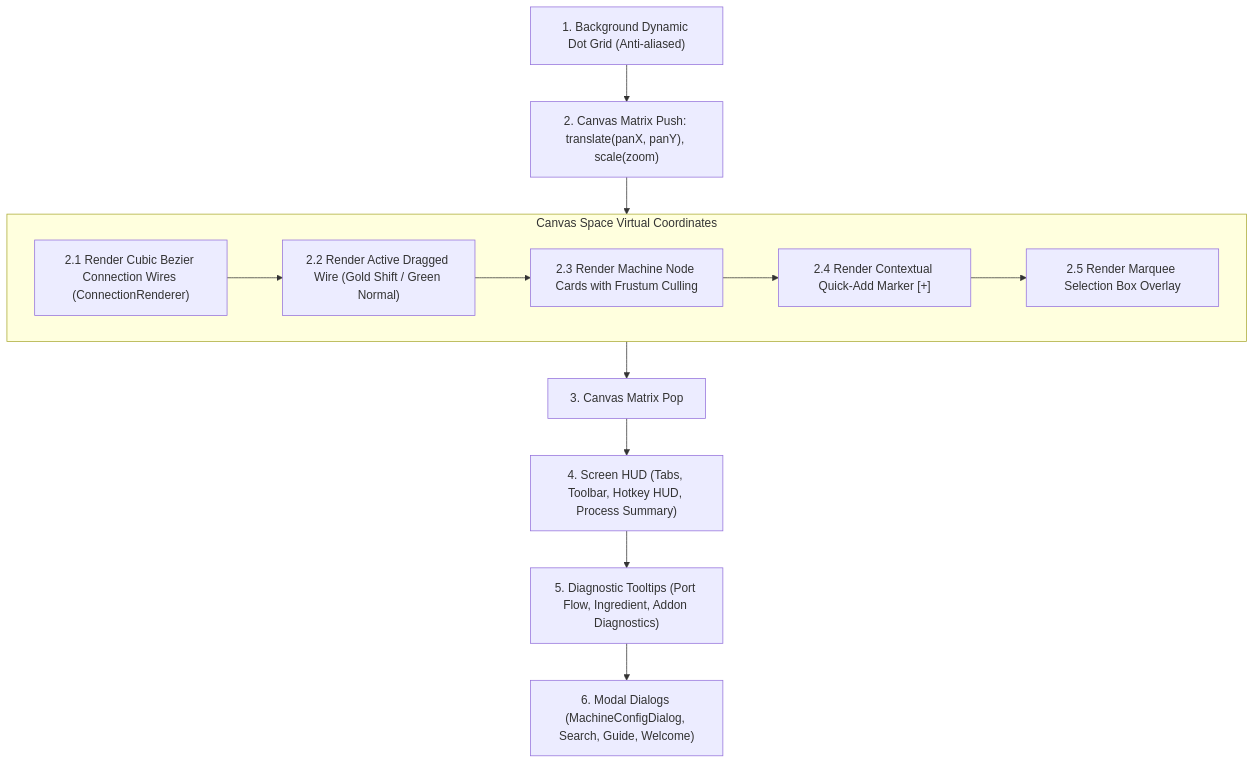
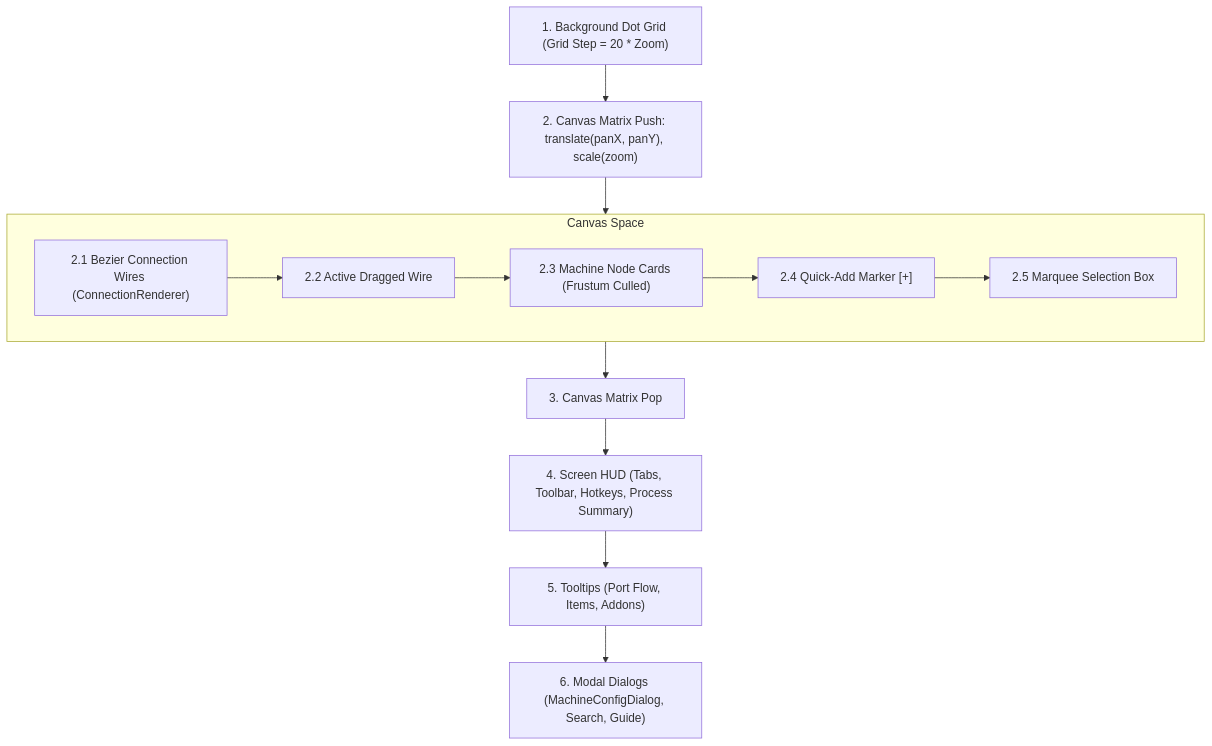
One commit to Amvermain/GregTechCalculatorBoard changed the fourth of 4 diagrams in docs/ARCHITECTURE.md. Above: the diagram before and after it, drawn with Mermaid. The commit also changed other lines of this file and 11 other files, not shown here.

````diff
--- a/docs/ARCHITECTURE.md
+++ b/docs/ARCHITECTURE.md
@@ -280,17 +191,17 @@
 ```mermaid
 flowchart TD
-    G1["1. Background Dynamic Dot Grid (Anti-aliased)"] --> G2["2. Canvas Matrix Push: translate(panX, panY), scale(zoom)"]
-    subgraph CanvasSpace["Canvas Space Virtual Coordinates"]
-        C1["2.1 Render Cubic Bezier Connection Wires (ConnectionRenderer)"]
-        C2["2.2 Render Active Dragged Wire (Gold Shift / Green Normal)"]
-        C3["2.3 Render Machine Node Cards with Frustum Culling"]
-        C4["2.4 Render Contextual Quick-Add Marker [+]"]
-        C5["2.5 Render Marquee Selection Box Overlay"]
+    G1["1. Background Dot Grid (Grid Step = 20 * Zoom)"] --> G2["2. Canvas Matrix Push: translate(panX, panY), scale(zoom)"]
+    subgraph CanvasSpace["Canvas Space"]
+        C1["2.1 Bezier Connection Wires (ConnectionRenderer)"]
+        C2["2.2 Active Dragged Wire"]
+        C3["2.3 Machine Node Cards (Frustum Culled)"]
+        C4["2.4 Quick-Add Marker [+]"]
+        C5["2.5 Marquee Selection Box"]
         C1 --> C2 --> C3 --> C4 --> C5
     end
     G2 --> CanvasSpace
     CanvasSpace --> G3["3. Canvas Matrix Pop"]
-    G3 --> G4["4. Screen HUD (Tabs, Toolbar, Hotkey HUD, Process Summary)"]
-    G4 --> G5["5. Diagnostic Tooltips (Port Flow, Ingredient, Addon Diagnostics)"]
-    G5 --> G6["6. Modal Dialogs (MachineConfigDialog, Search, Guide, Welcome)"]
+    G3 --> G4["4. Screen HUD (Tabs, Toolbar, Hotkeys, Process Summary)"]
+    G4 --> G5["5. Tooltips (Port Flow, Items, Addons)"]
+    G5 --> G6["6. Modal Dialogs (MachineConfigDialog, Search, Guide)"]
 ```
````
